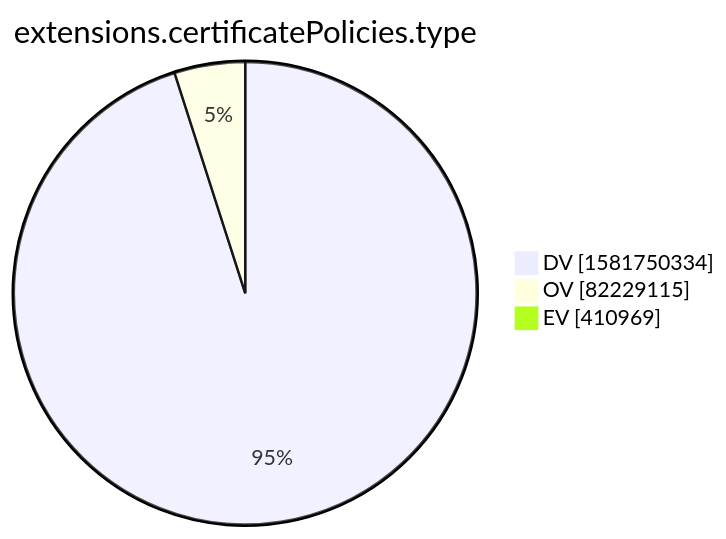
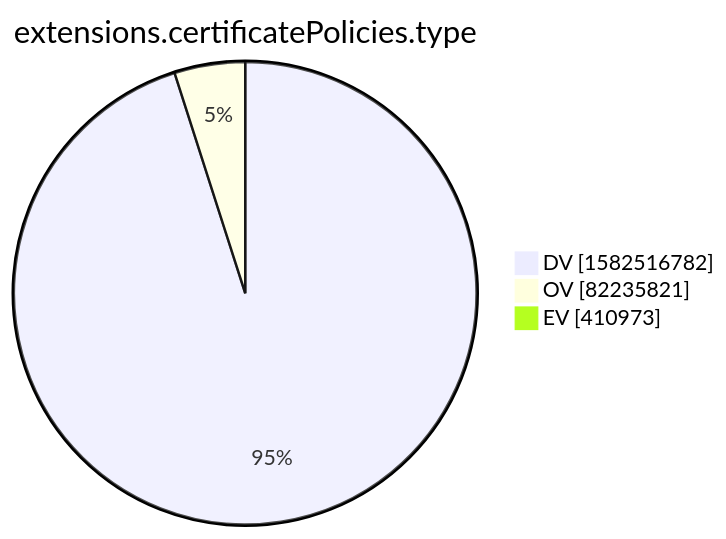
The tenth of 15 diagrams in xenon2022/README.md (christiankrug/ctmonitor_visualization), drawn with Mermaid before and after one commit. The commit also changed other lines of this file, not shown here.

````diff
--- a/xenon2022/README.md
+++ b/xenon2022/README.md
@@ -2877,7 +2877,7 @@
 ```mermaid
 pie showData
 title extensions.certificatePolicies.type
-"DV" :1581750334
-"OV" :82229115
-"EV" :410969
+"DV" :1582516782
+"OV" :82235821
+"EV" :410973
 ```
````
